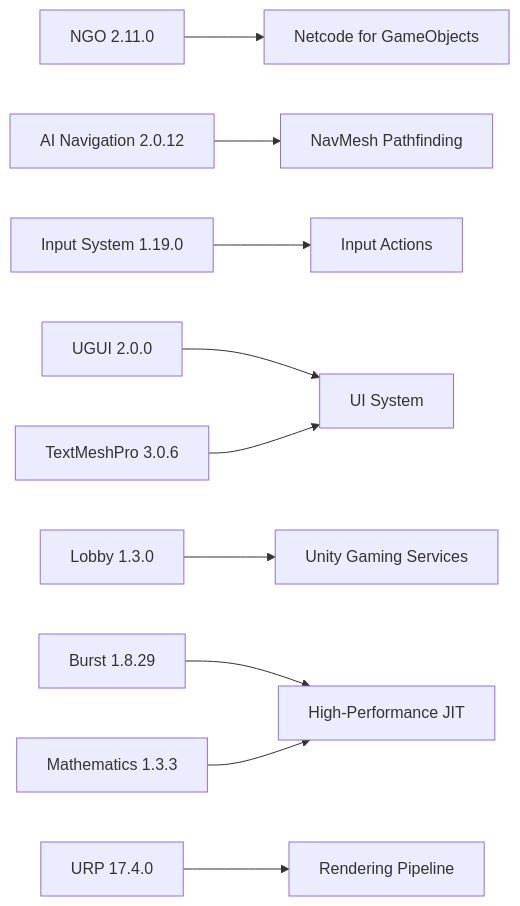
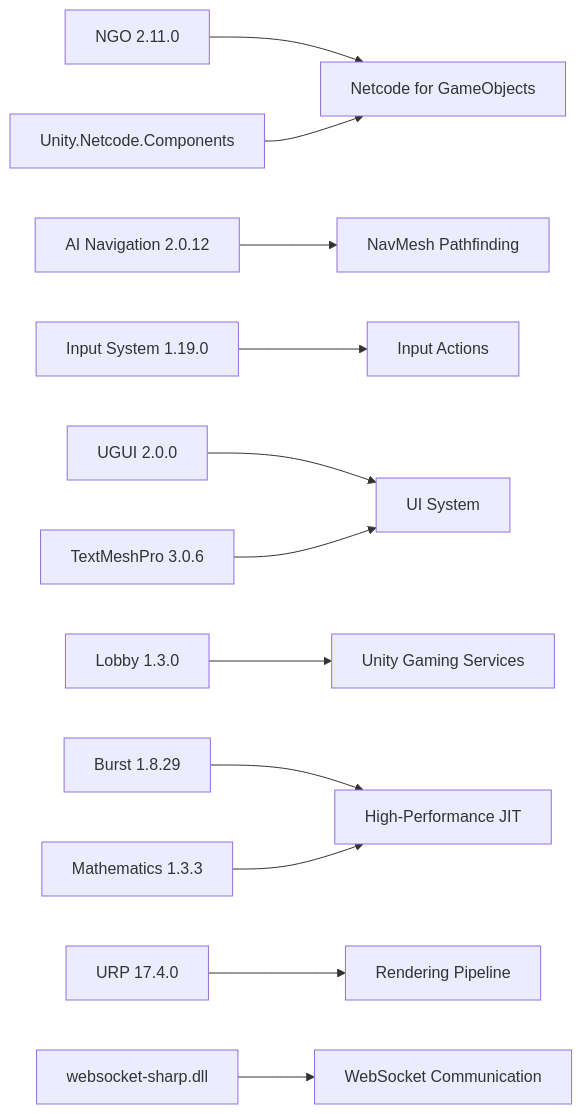
One commit to kandeng/AI-Controlled-battle-game changed the fifth of 7 diagrams in .qoder/repowiki/en/content/Project Overview/Technology Stack.md. Above: the diagram before and after it, drawn with Mermaid. The commit also changed other lines of this file and 76 other files, not shown here.

````diff
--- a/.qoder/repowiki/en/content/Project Overview/Technology Stack.md
+++ b/.qoder/repowiki/en/content/Project Overview/Technology Stack.md
@@ -211,12 +249,14 @@
 ```mermaid
 graph LR
 NGO["NGO 2.11.0"] --> Netcode["Netcode for GameObjects"]
 NAV["AI Navigation 2.0.12"] --> NavMesh["NavMesh Pathfinding"]
 INPUT["Input System 1.19.0"] --> Inputs["Input Actions"]
 UGUI["UGUI 2.0.0"] --> UI["UI System"]
 TMP["TextMeshPro 3.0.6"] --> UI
 LOBBY["Lobby 1.3.0"] --> Services["Unity Gaming Services"]
 BURST["Burst 1.8.29"] --> Perf["High-Performance JIT"]
 MAT["Mathematics 1.3.3"] --> Perf
 URP["URP 17.4.0"] --> Render["Rendering Pipeline"]
+WS["websocket-sharp.dll"] --> WSComm["WebSocket Communication"]
+WNC["Unity.Netcode.Components"] --> Netcode
 ```
````
